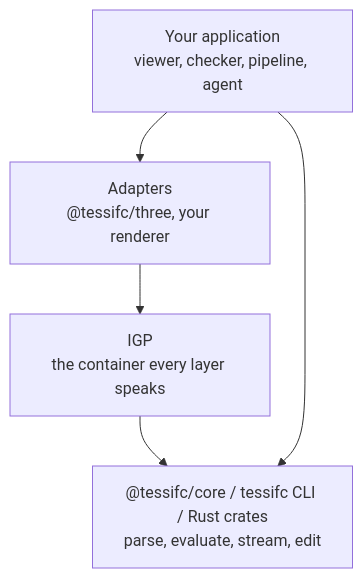
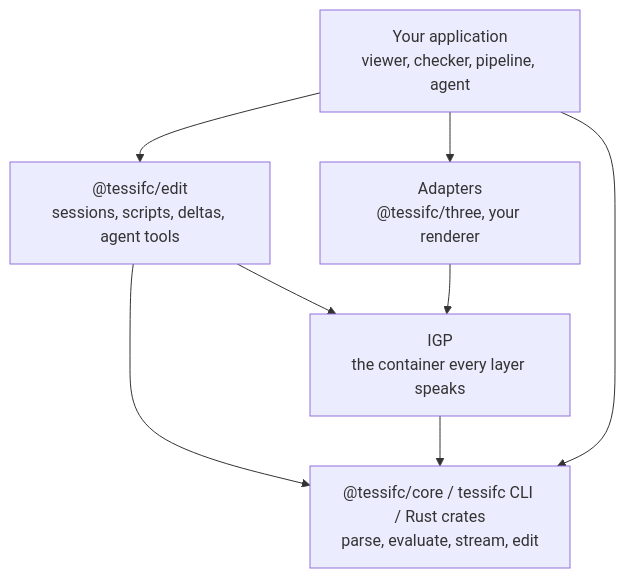
Before and after one commit to nbharathik/tessifc: the diagram in docs/sdk.md, drawn with Mermaid. The commit also changed other lines of this file and 67 other files, not shown here.

````diff
--- a/docs/sdk.md
+++ b/docs/sdk.md
@@ -23,9 +25,12 @@
 ```mermaid
 flowchart TB
     app["Your application<br/>viewer, checker, pipeline, agent"]
+    edit["@tessifc/edit<br/>sessions, scripts, deltas, agent tools"]
     adapters["Adapters<br/>@tessifc/three, your renderer"]
     igp["IGP<br/>the container every layer speaks"]
     core["@tessifc/core / tessifc CLI / Rust crates<br/>parse, evaluate, stream, edit"]
+    app --> edit --> core
     app --> adapters --> igp --> core
+    edit --> igp
     app --> core
 ```
````
